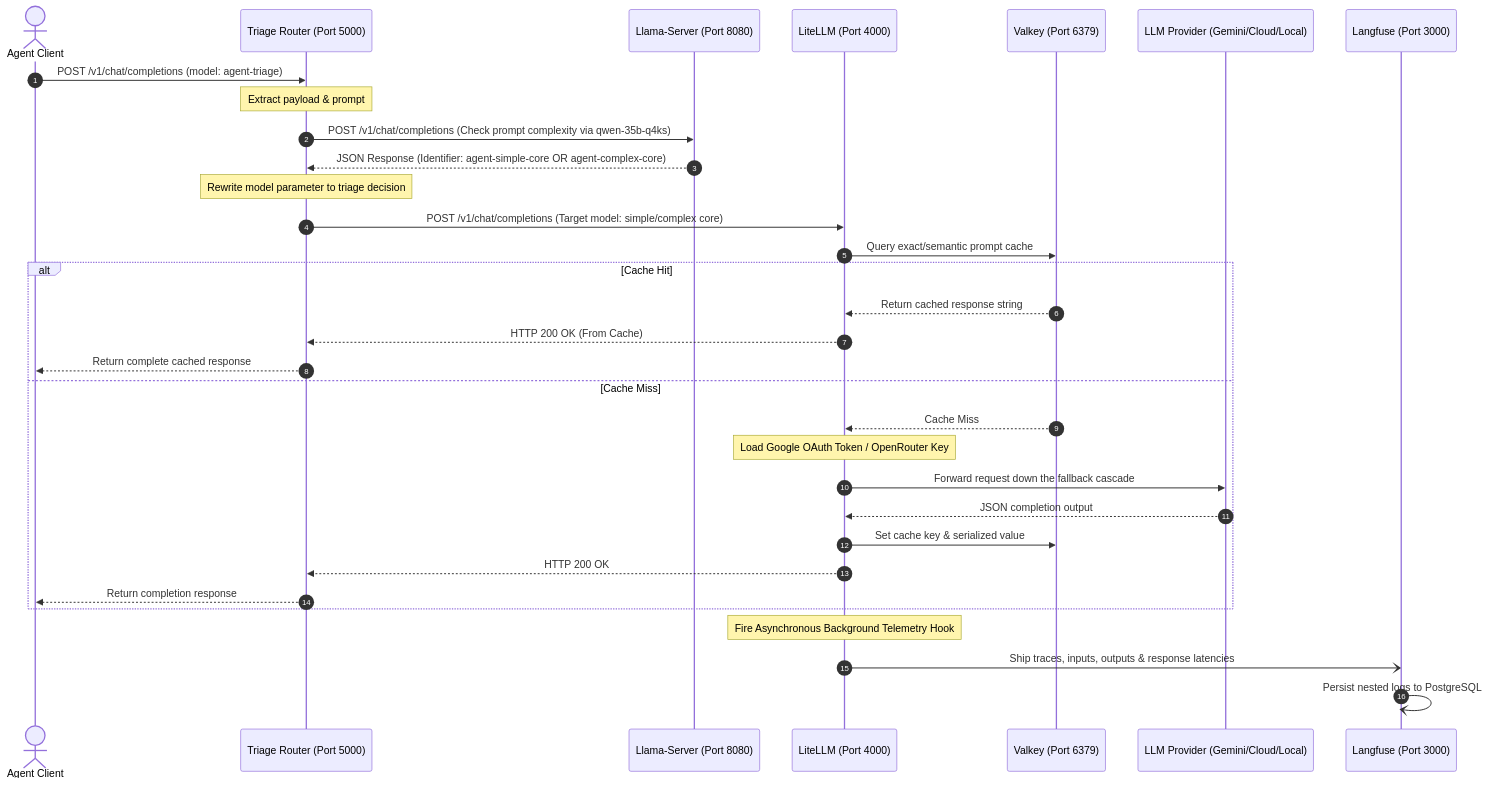
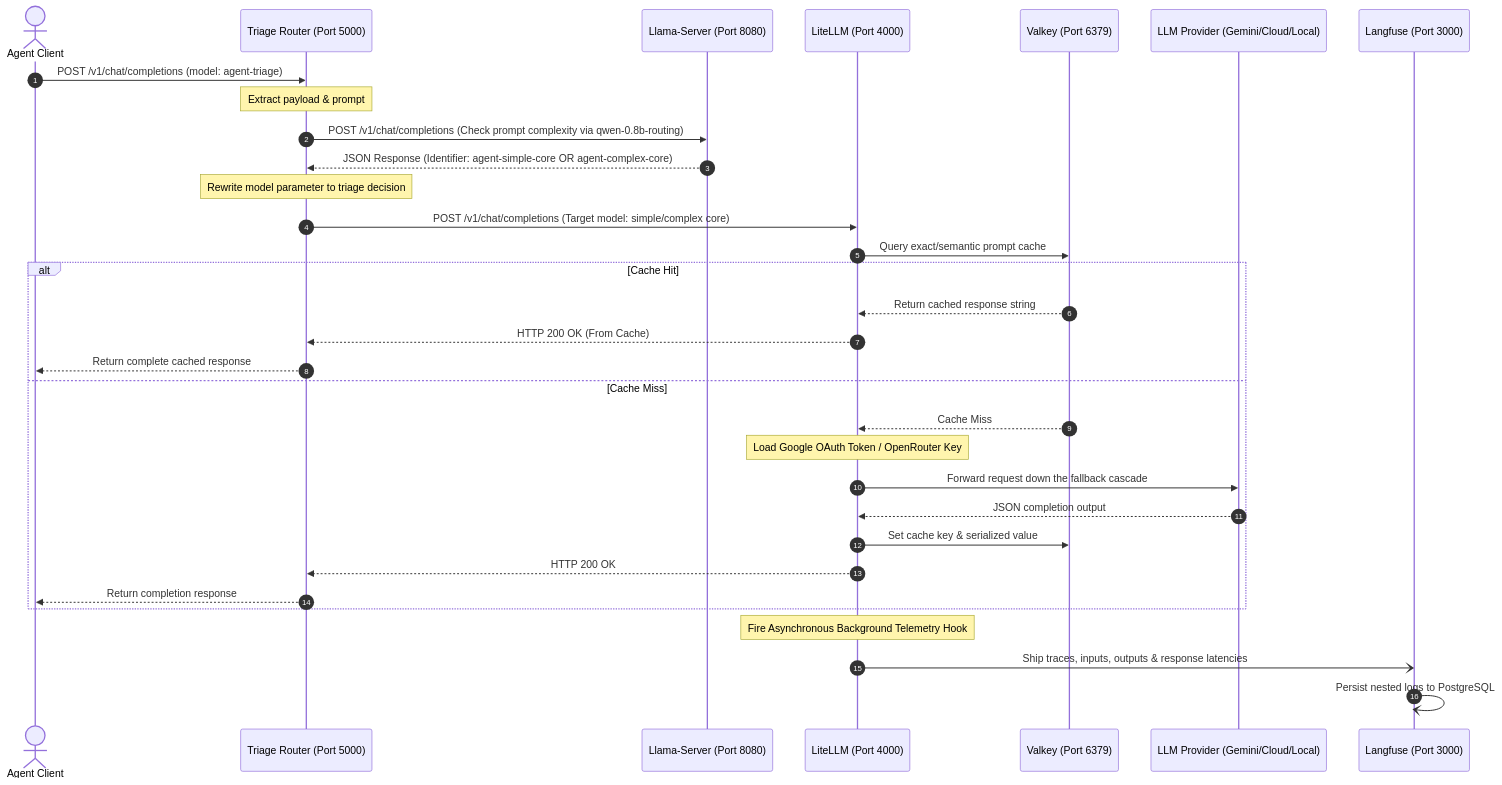
Before and after one commit to sheepdestroyer/LLM-Routing: the second of 2 diagrams in README.md, drawn with Mermaid. The commit also changed other lines of this file and 2 other files, not shown here.

Commit message:
perf: migrate triage model to Qwen 3.5 0.8B (450ms warm latency) and add in-memory decision TTL caching

````diff
--- a/README.md
+++ b/README.md
@@ -57,38 +57,38 @@
 ```mermaid
 sequenceDiagram
     autonumber
     actor Client as Agent Client
     participant Router as Triage Router (Port 5000)
     participant Llama as Llama-Server (Port 8080)
     participant Proxy as LiteLLM (Port 4000)
     participant Cache as Valkey (Port 6379)
     participant Provider as LLM Provider (Gemini/Cloud/Local)
     participant Telemetry as Langfuse (Port 3000)
 
     Client->>Router: POST /v1/chat/completions (model: agent-triage)
     Note over Router: Extract payload & prompt
-    Router->>Llama: POST /v1/chat/completions (Check prompt complexity via qwen-35b-q4ks)
+    Router->>Llama: POST /v1/chat/completions (Check prompt complexity via qwen-0.8b-routing)
     Llama-->>Router: JSON Response (Identifier: agent-simple-core OR agent-complex-core)
     
     Note over Router: Rewrite model parameter to triage decision
     Router->>Proxy: POST /v1/chat/completions (Target model: simple/complex core)
     
     Proxy->>Cache: Query exact/semantic prompt cache
     alt Cache Hit
         Cache-->>Proxy: Return cached response string
         Proxy-->>Router: HTTP 200 OK (From Cache)
         Router-->>Client: Return complete cached response
     else Cache Miss
         Cache-->>Proxy: Cache Miss
         Note over Proxy: Load Google OAuth Token / OpenRouter Key
         Proxy->>Provider: Forward request down the fallback cascade
         Provider-->>Proxy: JSON completion output
         Proxy->>Cache: Set cache key & serialized value
         Proxy-->>Router: HTTP 200 OK
         Router-->>Client: Return completion response
     end
 
     Note over Proxy: Fire Asynchronous Background Telemetry Hook
     Proxy-)Telemetry: Ship traces, inputs, outputs & response latencies
     Telemetry-)Telemetry: Persist nested logs to PostgreSQL
 ```
````
